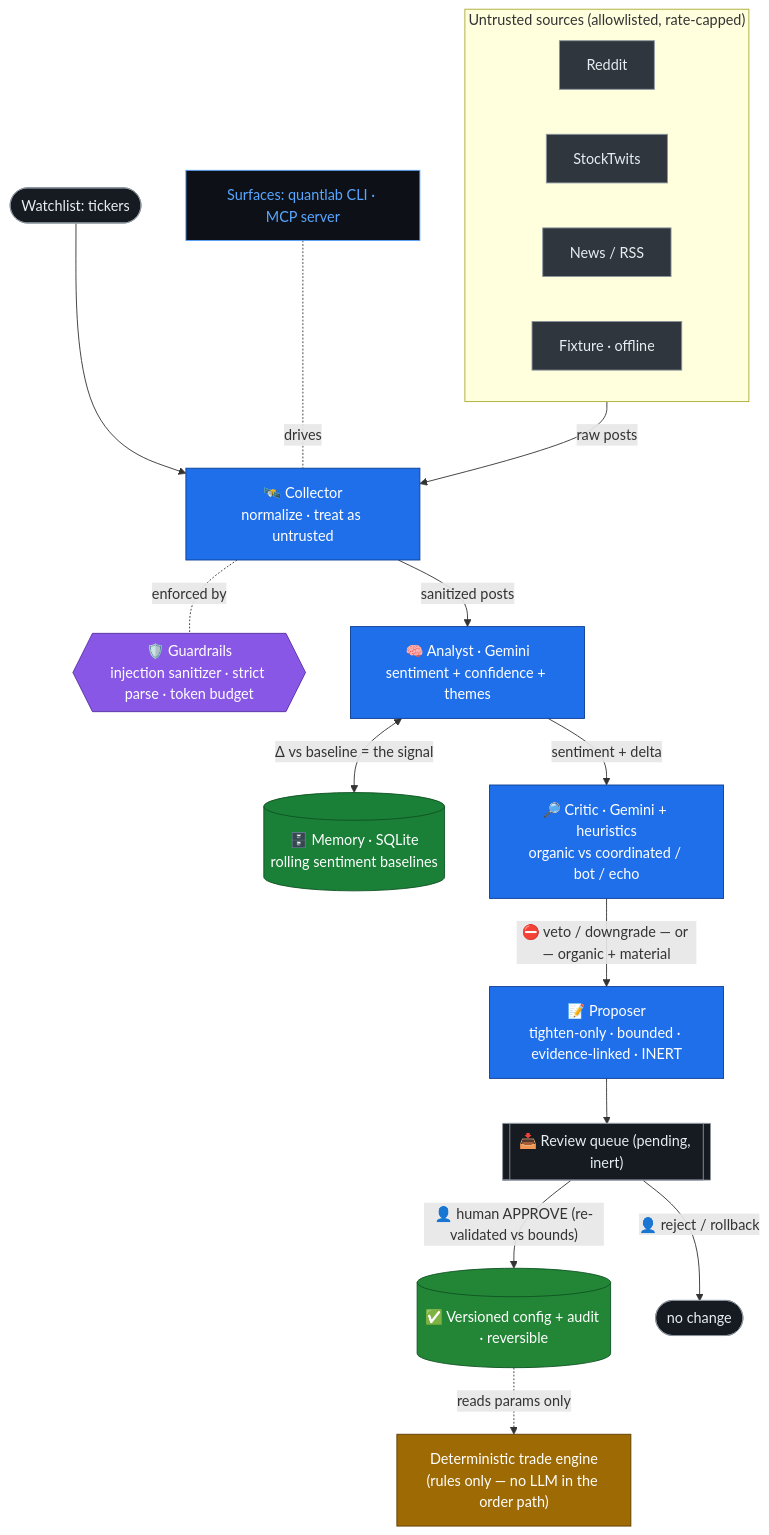
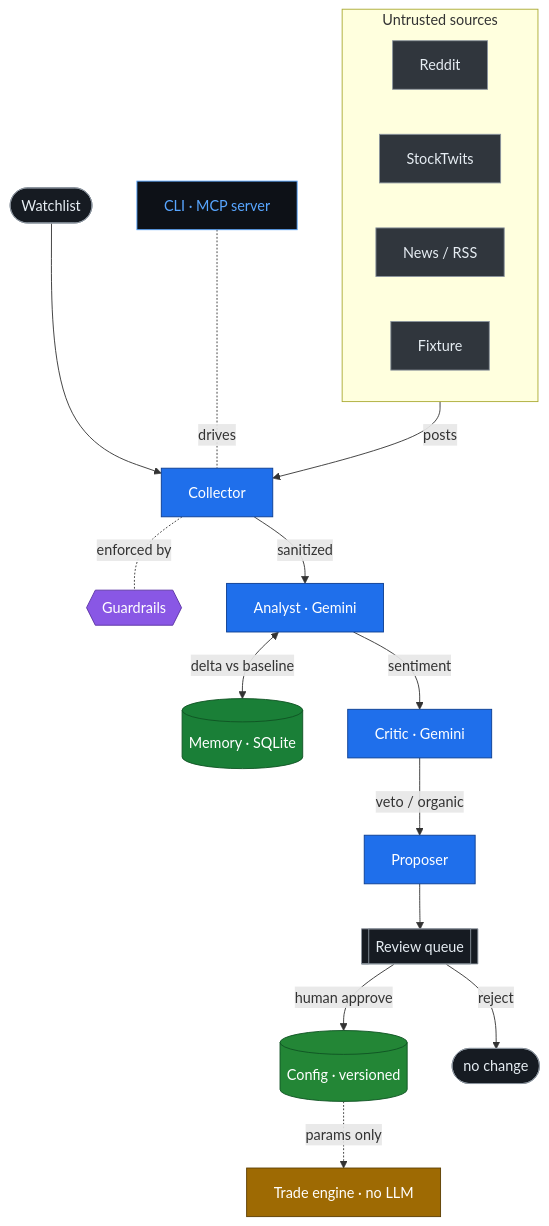
Before and after one commit to Milind21/quantlab: the diagram in README.md, drawn with Mermaid. The commit also changed other lines of this file and 1 other file, not shown here.

Commit message:
Fix Mermaid text overflow: concise node labels + legend

````diff
--- a/README.md
+++ b/README.md
@@ -26,36 +26,37 @@
 ```mermaid
 flowchart TD
-    W([Watchlist: tickers]):::io --> C
-    subgraph SRC["Untrusted sources (allowlisted, rate-capped)"]
+    W([Watchlist]):::io --> C
+    subgraph SRC["Untrusted sources"]
         direction LR
         RD[Reddit]:::src
         ST[StockTwits]:::src
         NR[News / RSS]:::src
-        FX[Fixture · offline]:::src
+        FX[Fixture]:::src
     end
-    SRC -->|raw posts| C
-    C["🛰️ Collector<br/>normalize · treat as untrusted"]:::agent
-    G{{"🛡️ Guardrails<br/>injection sanitizer · strict parse · token budget"}}:::guard
+    SRC -->|posts| C
+    C["Collector"]:::agent
+    G{{"Guardrails"}}:::guard
     C -.enforced by.- G
-    C -->|sanitized posts| A
-    A["🧠 Analyst · Gemini<br/>sentiment + confidence + themes"]:::agent
-    MEM[("🗄️ Memory · SQLite<br/>rolling sentiment baselines")]:::mem
-    A <-->|Δ vs baseline = the signal| MEM
-    A -->|sentiment + delta| CR
-    CR["🔎 Critic · Gemini + heuristics<br/>organic vs coordinated / bot / echo"]:::agent
-    CR -->|"⛔ veto / downgrade — or — organic + material"| P
-    P["📝 Proposer<br/>tighten-only · bounded · evidence-linked · INERT"]:::agent
-    P --> Q[["📥 Review queue (pending, inert)"]]:::io
-    Q -->|"👤 human APPROVE (re-validated vs bounds)"| CFG[("✅ Versioned config + audit · reversible")]:::good
-    Q -->|"👤 reject / rollback"| NC([no change]):::io
-    CFG -.->|reads params only| ENG["Deterministic trade engine<br/>(rules only — no LLM in the order path)"]:::engine
-    SURF["Surfaces: quantlab CLI · MCP server"]:::surf -.drives.- C
+    C -->|sanitized| A
+    A["Analyst · Gemini"]:::agent
+    MEM[("Memory · SQLite")]:::mem
+    A <-->|delta vs baseline| MEM
+    A -->|sentiment| CR
+    CR["Critic · Gemini"]:::agent
+    CR -->|veto / organic| P
+    P["Proposer"]:::agent
+    P --> Q[["Review queue"]]:::io
+    Q -->|human approve| CFG[("Config · versioned")]:::good
+    Q -->|reject| NC([no change]):::io
+    CFG -.->|params only| ENG["Trade engine · no LLM"]:::engine
+    SURF["CLI · MCP server"]:::surf -.drives.- C
+
     classDef agent fill:#1f6feb,stroke:#0b3d91,color:#fff;
     classDef src fill:#30363d,stroke:#8b949e,color:#e6edf3;
     classDef guard fill:#8957e5,stroke:#5a32a3,color:#fff;
     classDef mem fill:#1a7f37,stroke:#0f5323,color:#fff;
     classDef good fill:#238636,stroke:#0f5323,color:#fff;
     classDef engine fill:#9e6a03,stroke:#5c3d00,color:#fff;
     classDef io fill:#161b22,stroke:#8b949e,color:#e6edf3;
     classDef surf fill:#0d1117,stroke:#58a6ff,color:#58a6ff;
 ```
````
